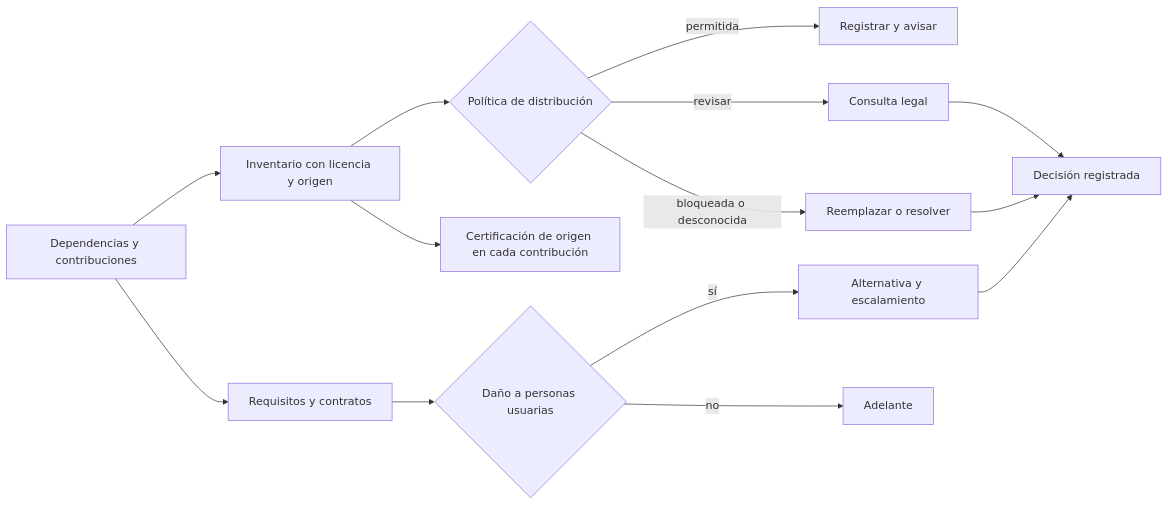
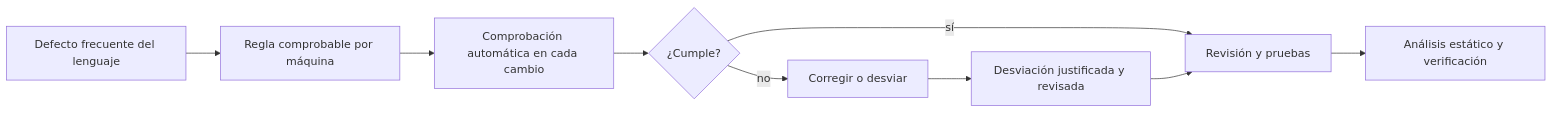
One commit to vladimiracunadev-create/modern-software-engineering-program changed the diagram in content/part-37/SE-452.md. Above: the diagram before and after it, drawn with Mermaid. The commit also changed other lines of this file and 5193 other files, not shown here.

````diff
--- a/content/part-37/SE-452.md
+++ b/content/part-37/SE-452.md
@@ -59,16 +58,11 @@
 ```mermaid
 flowchart LR
-    A[Dependencias y contribuciones] --> B[Inventario con licencia y origen]
-    B --> C{Política de distribución}
-    C -->|permitida| D[Registrar y avisar]
-    C -->|revisar| E[Consulta legal]
-    C -->|bloqueada o desconocida| F[Reemplazar o resolver]
-    B --> G[Certificación de origen en cada contribución]
-    A --> H[Requisitos y contratos]
-    H --> I{Daño a personas usuarias}
-    I -->|sí| J[Alternativa y escalamiento]
-    I -->|no| K[Adelante]
-    E --> L[Decisión registrada]
-    F --> L
-    J --> L
+    A[Defecto frecuente del lenguaje] --> B[Regla comprobable por máquina]
+    B --> C[Comprobación automática en cada cambio]
+    C --> D{¿Cumple?}
+    D -->|sí| E[Revisión y pruebas]
+    D -->|no| F[Corregir o desviar]
+    F --> G[Desviación justificada y revisada]
+    G --> E
+    E --> H[Análisis estático y verificación]
 ```
````
